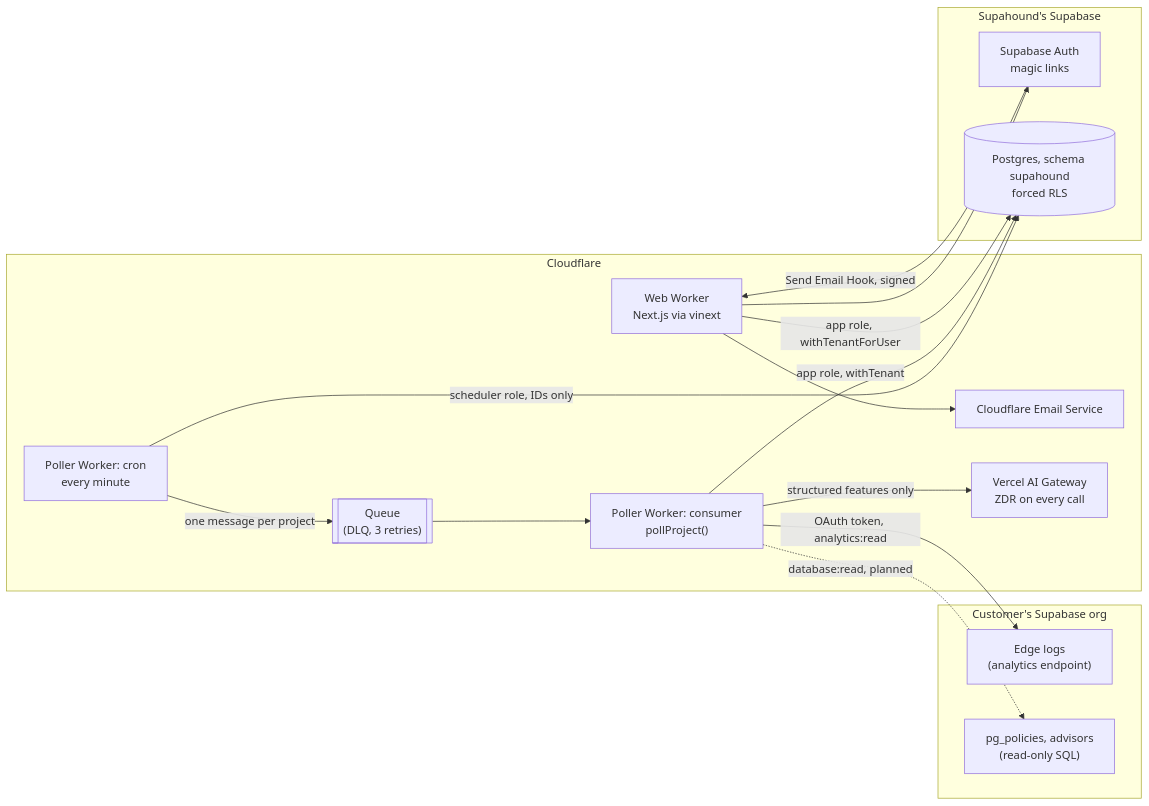
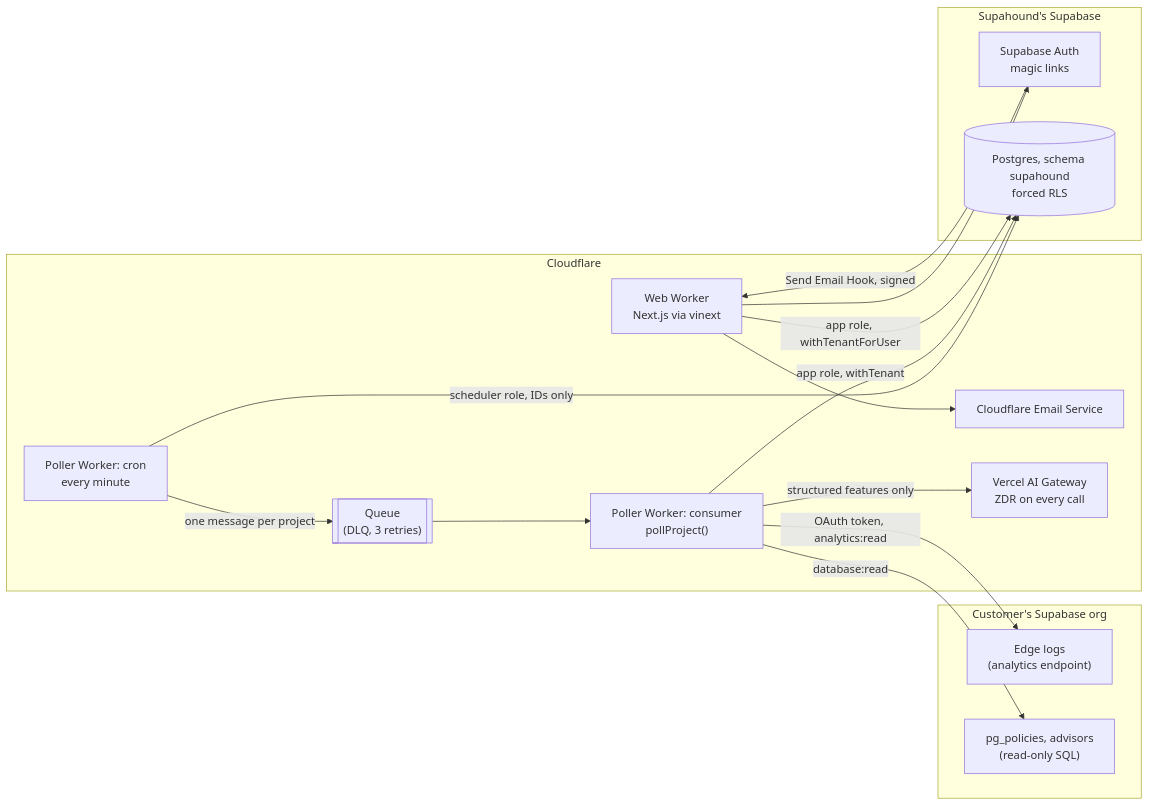
Before and after one commit to FlywheelStudio/supahound: the diagram in docs/ARCHITECTURE.md, drawn with Mermaid. The commit also changed other lines of this file and 11 other files, not shown here.

````diff
--- a/docs/ARCHITECTURE.md
+++ b/docs/ARCHITECTURE.md
@@ -15,30 +15,30 @@
 ```mermaid
 flowchart LR
   subgraph Customer["Customer's Supabase org"]
     LOGS["Edge logs<br/>(analytics endpoint)"]
     CAT["pg_policies, advisors<br/>(read-only SQL)"]
   end
 
   subgraph CF["Cloudflare"]
     CRON["Poller Worker: cron<br/>every minute"] -->|one message per project| Q[["Queue<br/>(DLQ, 3 retries)"]]
     Q --> CONS["Poller Worker: consumer<br/>pollProject()"]
     WEB["Web Worker<br/>Next.js via vinext"]
     EMAIL["Cloudflare Email Service"]
     GW["Vercel AI Gateway<br/>ZDR on every call"]
   end
 
   subgraph SB["Supahound's Supabase"]
     AUTH["Supabase Auth<br/>magic links"]
     PG[("Postgres, schema supahound<br/>forced RLS")]
   end
 
   CONS -->|OAuth token, analytics:read| LOGS
-  CONS -.->|database:read, planned| CAT
+  CONS -->|database:read| CAT
   CONS -->|structured features only| GW
   CRON -->|scheduler role, IDs only| PG
   CONS -->|app role, withTenant| PG
   WEB -->|app role, withTenantForUser| PG
   WEB --> AUTH
   AUTH -->|Send Email Hook, signed| WEB
   WEB --> EMAIL
 ```
````
